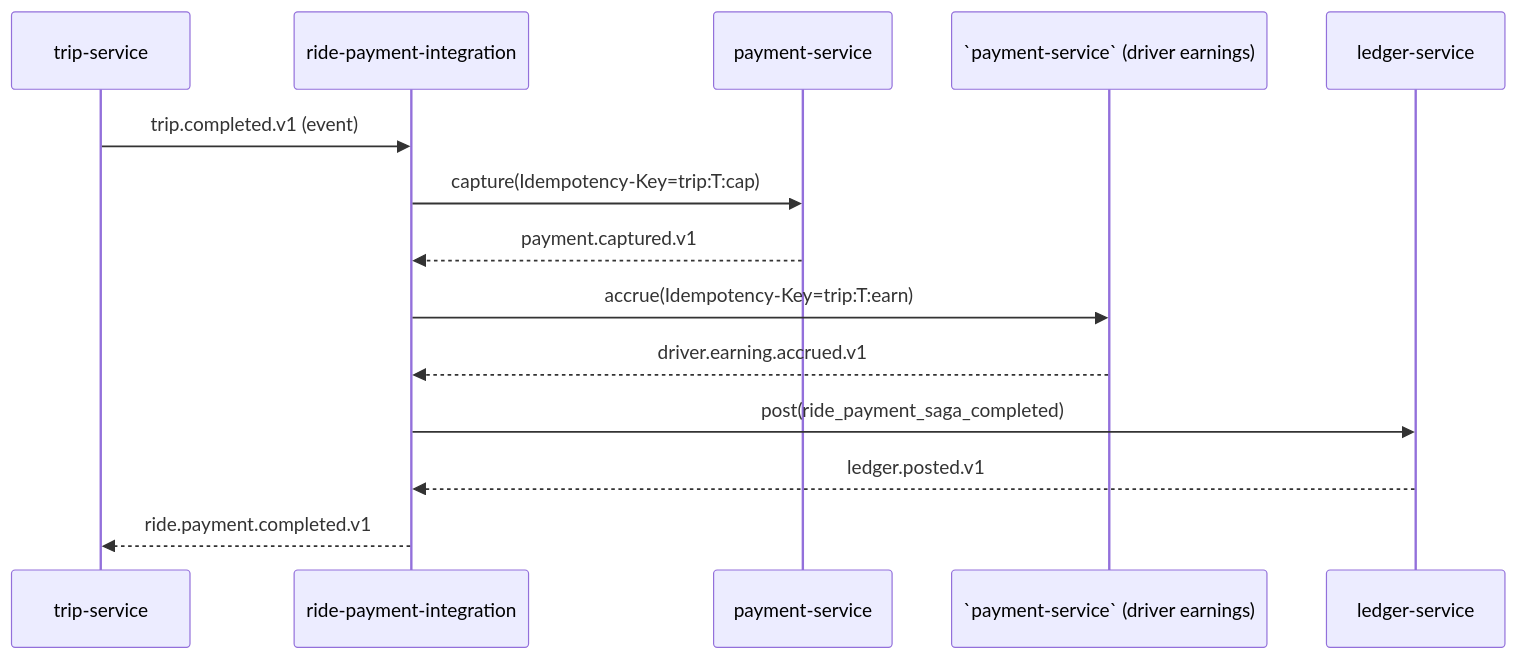
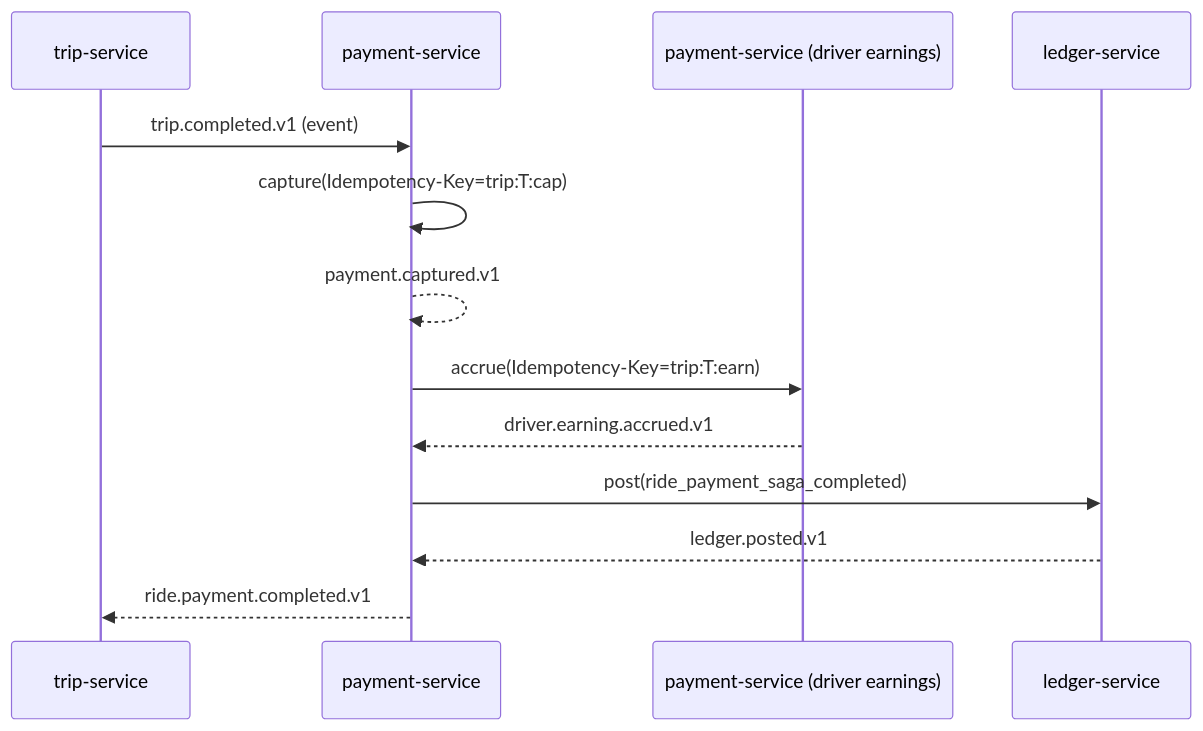
The first of 5 diagrams in docs/architecture/CONSISTENCY_STRATEGY.md (mohamedhabibwork/trips-enjoy-docs), drawn with Mermaid before and after one commit. The commit also changed other lines of this file and 245 other files, not shown here.

First line of the commit message:
docs: Update accounting, courier, driver, food order, payment, refund, and ride workflows

````diff
--- a/docs/architecture/CONSISTENCY_STRATEGY.md
+++ b/docs/architecture/CONSISTENCY_STRATEGY.md
@@ -65,17 +67,16 @@
 ```mermaid
 sequenceDiagram
     participant TR as trip-service
-    participant OR as ride-payment-integration
     participant PAY as payment-service
-    participant DE as `payment-service` (driver earnings)
+    participant DE as payment-service (driver earnings)
     participant LD as ledger-service
 
-    TR->>OR: trip.completed.v1 (event)
-    OR->>PAY: capture(Idempotency-Key=trip:T:cap)
-    PAY-->>OR: payment.captured.v1
-    OR->>DE: accrue(Idempotency-Key=trip:T:earn)
-    DE-->>OR: driver.earning.accrued.v1
-    OR->>LD: post(ride_payment_saga_completed)
-    LD-->>OR: ledger.posted.v1
-    OR-->>TR: ride.payment.completed.v1
+    TR->>PAY: trip.completed.v1 (event)
+    PAY->>PAY: capture(Idempotency-Key=trip:T:cap)
+    PAY-->>PAY: payment.captured.v1
+    PAY->>DE: accrue(Idempotency-Key=trip:T:earn)
+    DE-->>PAY: driver.earning.accrued.v1
+    PAY->>LD: post(ride_payment_saga_completed)
+    LD-->>PAY: ledger.posted.v1
+    PAY-->>TR: ride.payment.completed.v1
 ```
````
